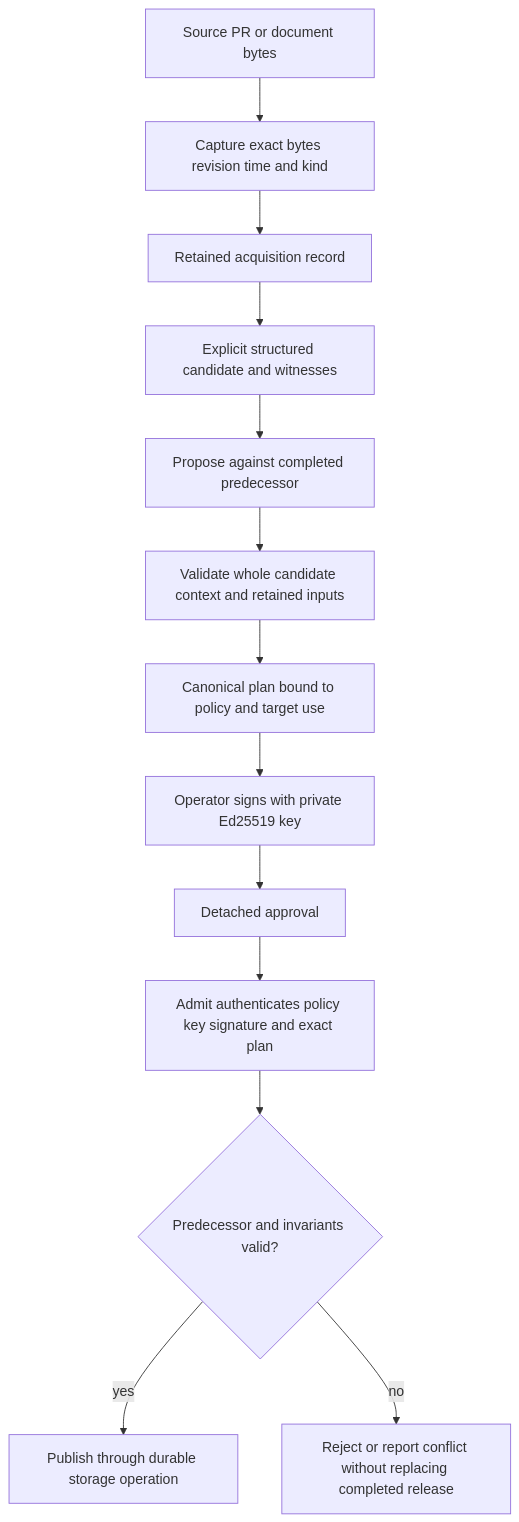
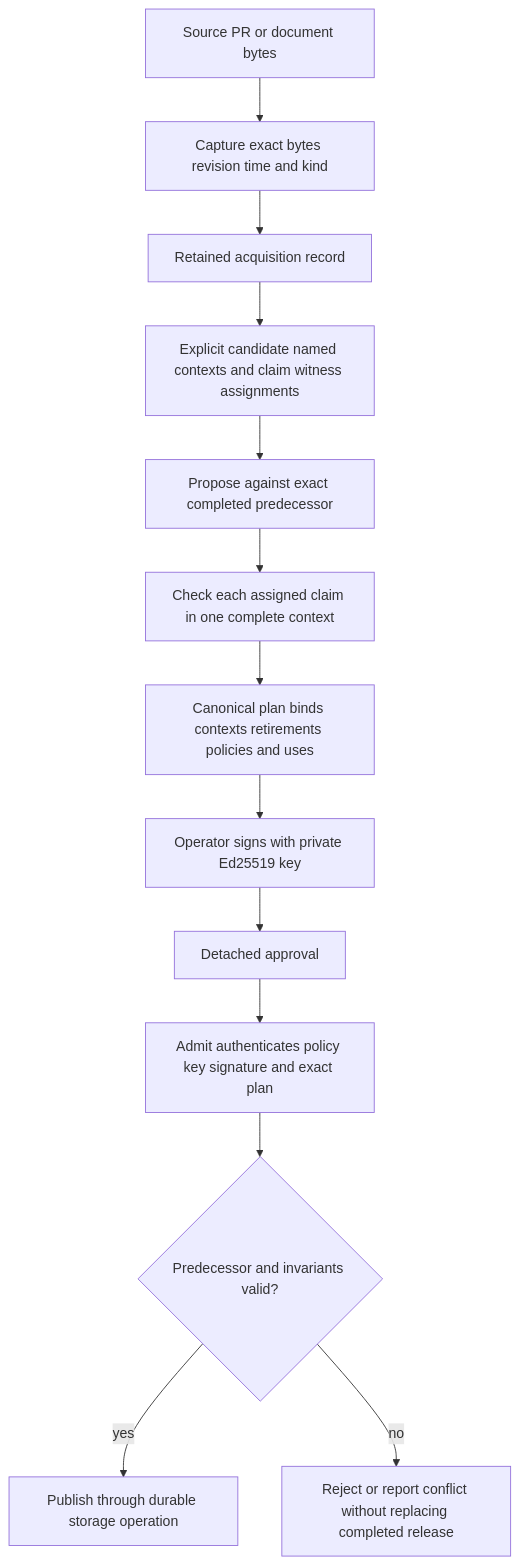
The second of 4 diagrams in docs/kctx/flows.md (tknawara/kctx), drawn with Mermaid before and after one commit. The commit also changed other lines of this file and 50 other files, not shown here.

````diff
--- a/docs/kctx/flows.md
+++ b/docs/kctx/flows.md
@@ -42,15 +44,15 @@
 ```mermaid
 flowchart TD
     A[Source PR or document bytes] --> B[Capture exact bytes revision time and kind]
     B --> C[Retained acquisition record]
-    C --> D[Explicit structured candidate and witnesses]
-    D --> E[Propose against completed predecessor]
-    E --> F[Validate whole candidate context and retained inputs]
-    F --> G[Canonical plan bound to policy and target use]
+    C --> D[Explicit candidate named contexts and claim witness assignments]
+    D --> E[Propose against exact completed predecessor]
+    E --> F[Check each assigned claim in one complete context]
+    F --> G[Canonical plan binds contexts retirements policies and uses]
     G --> H[Operator signs with private Ed25519 key]
     H --> I[Detached approval]
     I --> J[Admit authenticates policy key signature and exact plan]
     J --> K{Predecessor and invariants valid?}
     K -->|yes| L[Publish through durable storage operation]
     K -->|no| M[Reject or report conflict without replacing completed release]
 ```
````
